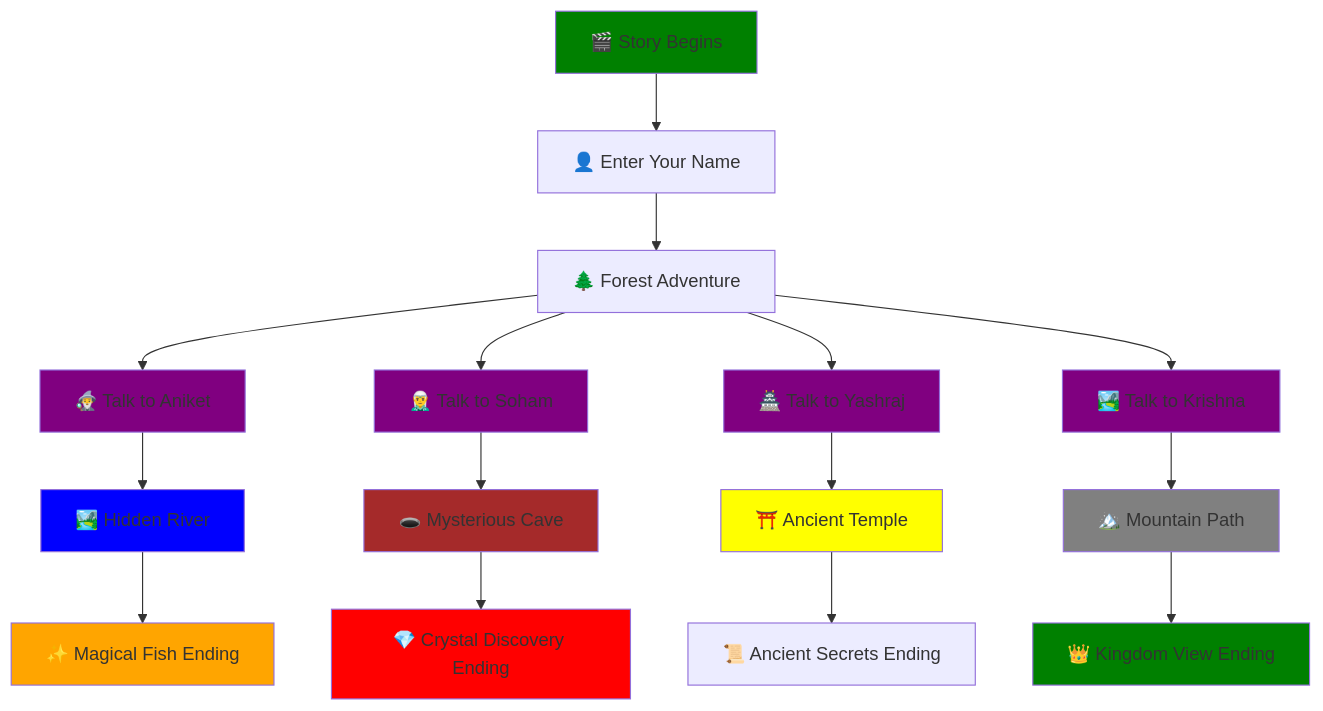
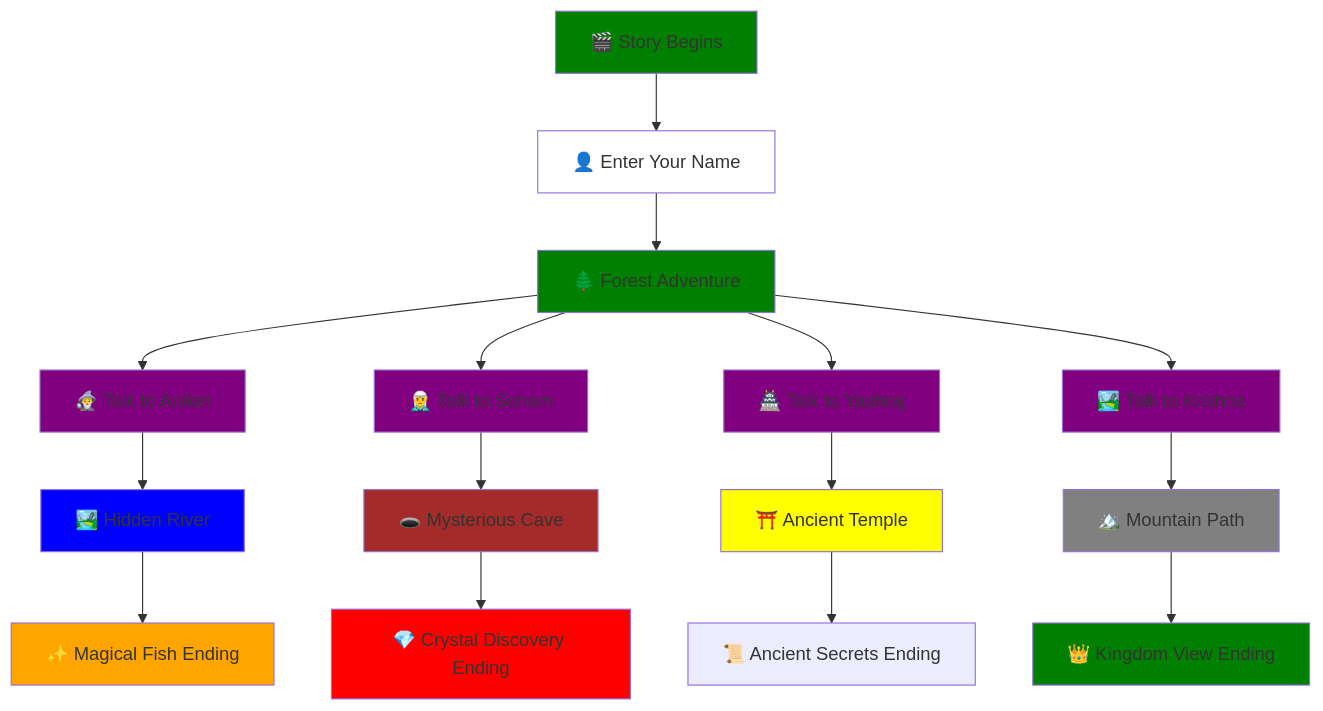
The diagram in README.md (soham-kyo/Interactive-Story-Telling-App), drawn with Mermaid before and after one commit.

Commit message:
Update Sections of README.md
- Added colours to Architecture Section

````diff
--- a/README.md
+++ b/README.md
@@ -81,33 +81,35 @@
 ```mermaid
 graph TB
     A[🎬 Story Begins] --> B[👤 Enter Your Name]
     B --> C[🌲 Forest Adventure]
     C --> D[🧙‍♂️ Talk to Aniket]
     C --> E[🧝‍♂ Talk to Soham]
     C --> F[🏯 Talk to Yashraj]
     C --> G[🏞️ Talk to Krishna]
     
     D --> H[🏞️ Hidden River]
     E --> I[🕳️ Mysterious Cave]
     F --> J[⛩️ Ancient Temple]
     G --> K[🏔️ Mountain Path]
     
     H --> L[✨ Magical Fish Ending]
     I --> M[💎 Crystal Discovery Ending]
     J --> N[📜 Ancient Secrets Ending]
     K --> O[👑 Kingdom View Ending]
     
     style A fill:green
     style L fill:orange
     style M fill:red
     style N fill:
     style O fill:green
     style D fill:purple
     style E fill:purple
     style F fill:purple
     style G fill:purple
     style H fill:blue
     style I fill:brown
     style J fill:yellow
     style K fill:gray
+    style B fill:white
+    style C fill:green
 ```
````
